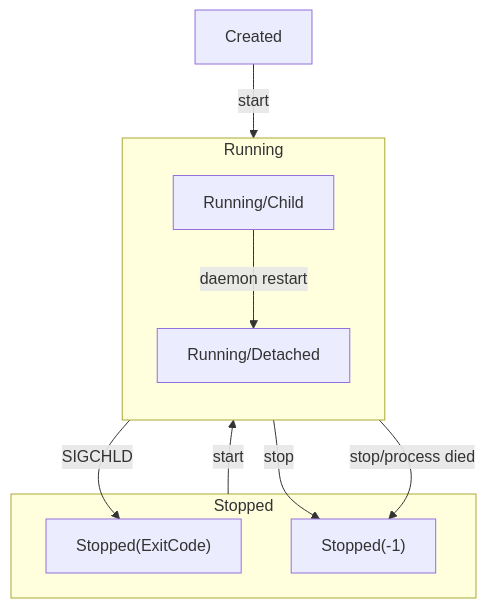
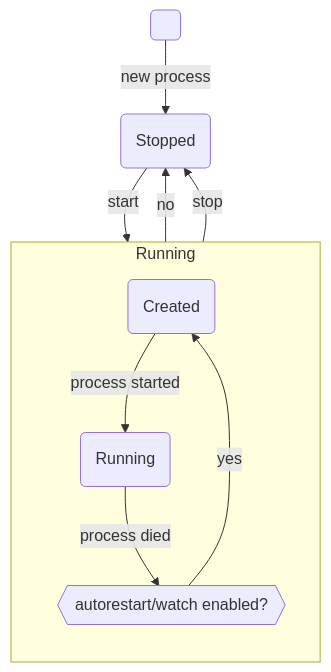
The diagram in readme.md (rprtr258/pm), drawn with Mermaid before and after one commit. The commit also changed other lines of this file and 6 other files, not shown here.

````diff
--- a/readme.md
+++ b/readme.md
@@ -78,21 +80,18 @@
 ```mermaid
 flowchart TB
-  C[Created]
-  RC[Running/Child]
-  RD[Running/Detached]
-  subgraph Stopped
-    S
-    S1
-  end
+  0( )
+  S(Stopped)
+  C(Created)
+  R(Running)
+  A{{autorestart/watch enabled?}}
+  0 -->|new process| S
   subgraph Running
     direction TB
-    RC -->|daemon restart| RD
+    C -->|process started| R
+    R -->|process died| A
   end
-  S["Stopped(ExitCode)"]
-  S1["Stopped(-1)"]
-  C -->|start| RC
-  RC -->|SIGCHLD| S
-  RC -->|stop| S1
-  RD -->|stop/process died| S1
-  Stopped -->|start| RC
+  A -->|yes| C
+  A -->|no| S
+  Running  -->|stop| S
+  S -->|start| C
 ```
````
